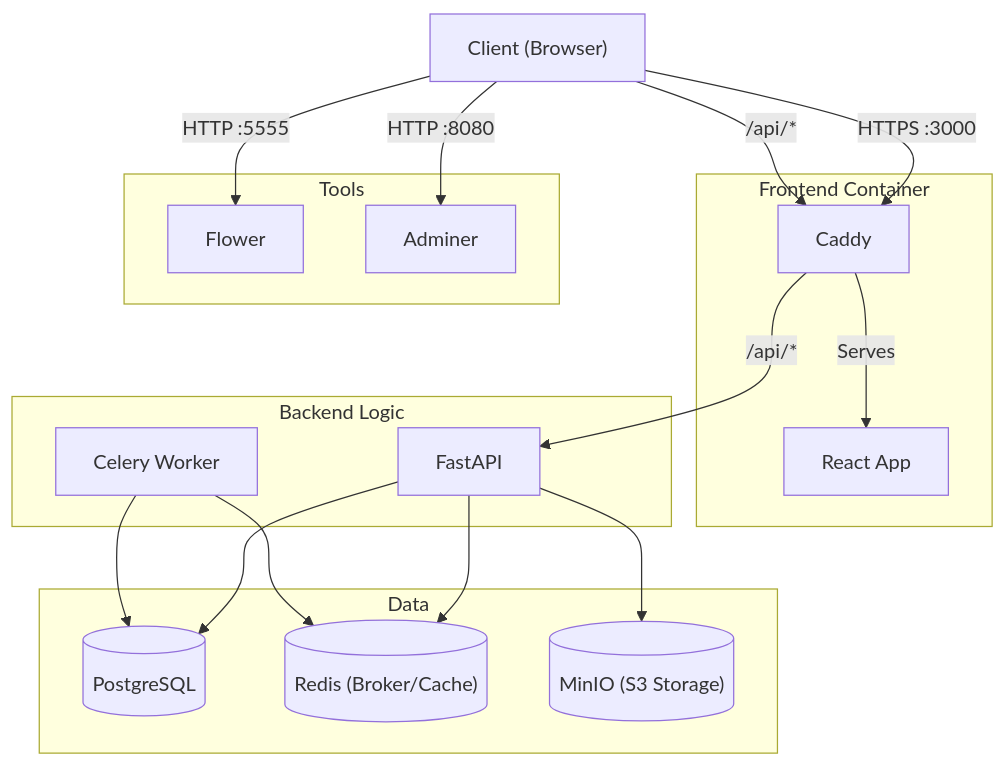
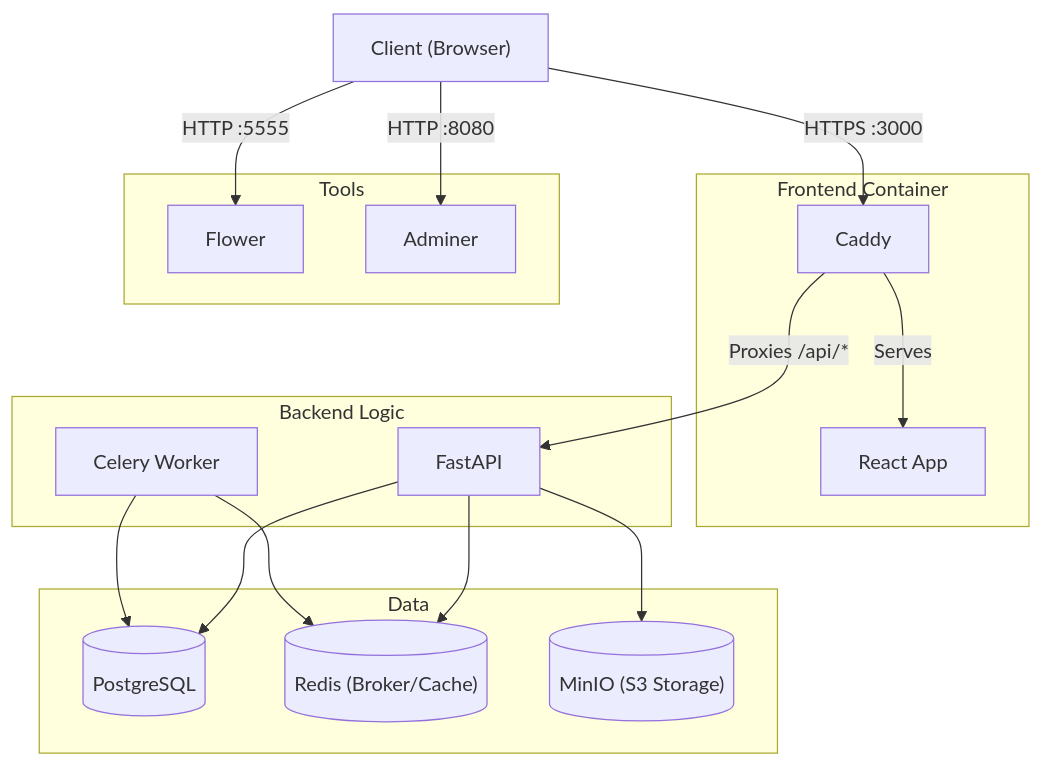
The diagram in docs/Architecture.md (EvoTestOps/AISysRev), drawn with Mermaid before and after one commit.

Commit message:
Clarify Caddy's role in API proxying

````diff
--- a/docs/Architecture.md
+++ b/docs/Architecture.md
@@ -3,40 +3,39 @@
 ```mermaid
 graph TD
 
     Client["Client (Browser)"]
 
     subgraph Proxy_Layer ["Frontend Container"]
         Caddy
         React["React App"]
     end
 
     subgraph Backend ["Backend Logic"]
         FastAPI["FastAPI"]
         Celery["Celery Worker"]
     end
 
     subgraph Data ["Data"]
         Postgres[("PostgreSQL")]
         Redis[("Redis (Broker/Cache)")]
         MinIO[("MinIO (S3 Storage)")]
     end
 
     subgraph Tools
         Flower
         Adminer
     end
 
     Client -- "HTTP :8080" --> Adminer
     Client -- "HTTP :5555" --> Flower
     Client -- "HTTPS :3000" --> Caddy
 
     Caddy -- "Serves" --> React
-    Client -- "/api/*" --> Caddy
-    Caddy -- "/api/*" --> FastAPI
+    Caddy -- "Proxies /api/*" --> FastAPI
 
     FastAPI --> Postgres
     FastAPI --> Redis
     FastAPI --> MinIO
     Celery --> Redis
     Celery --> Postgres
 ```
````
